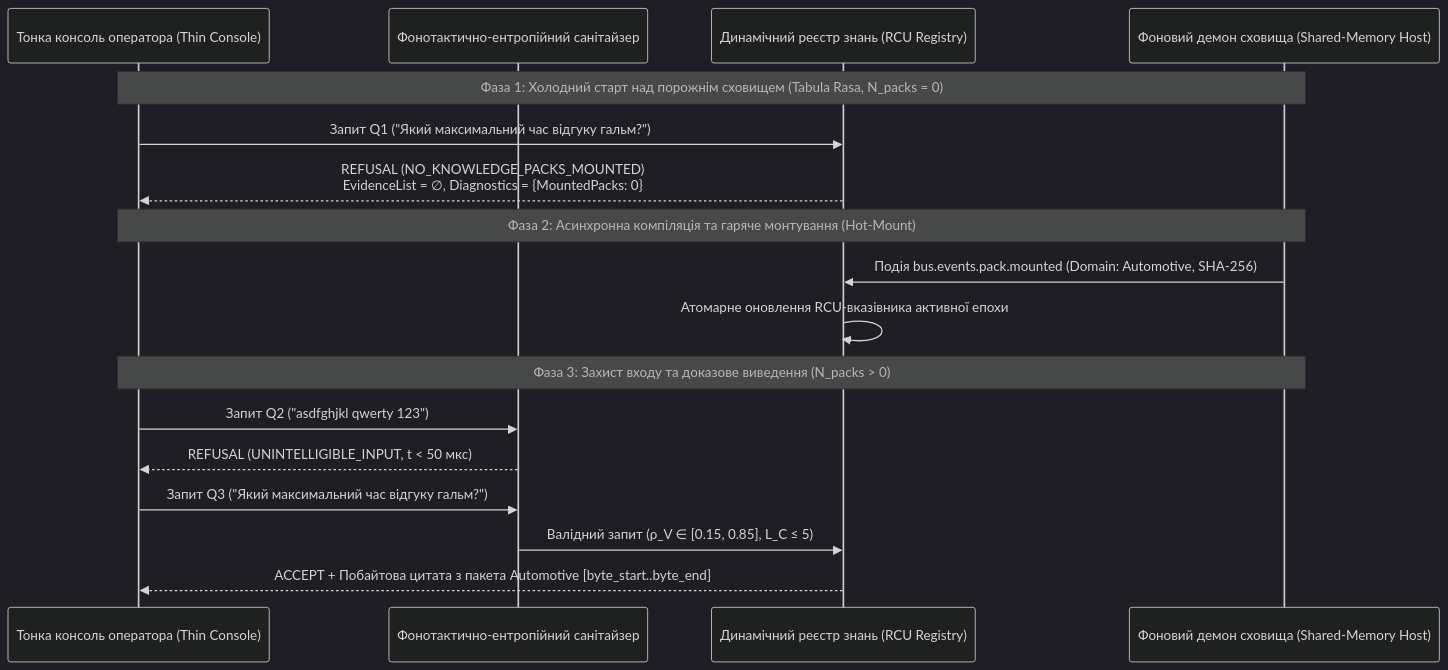
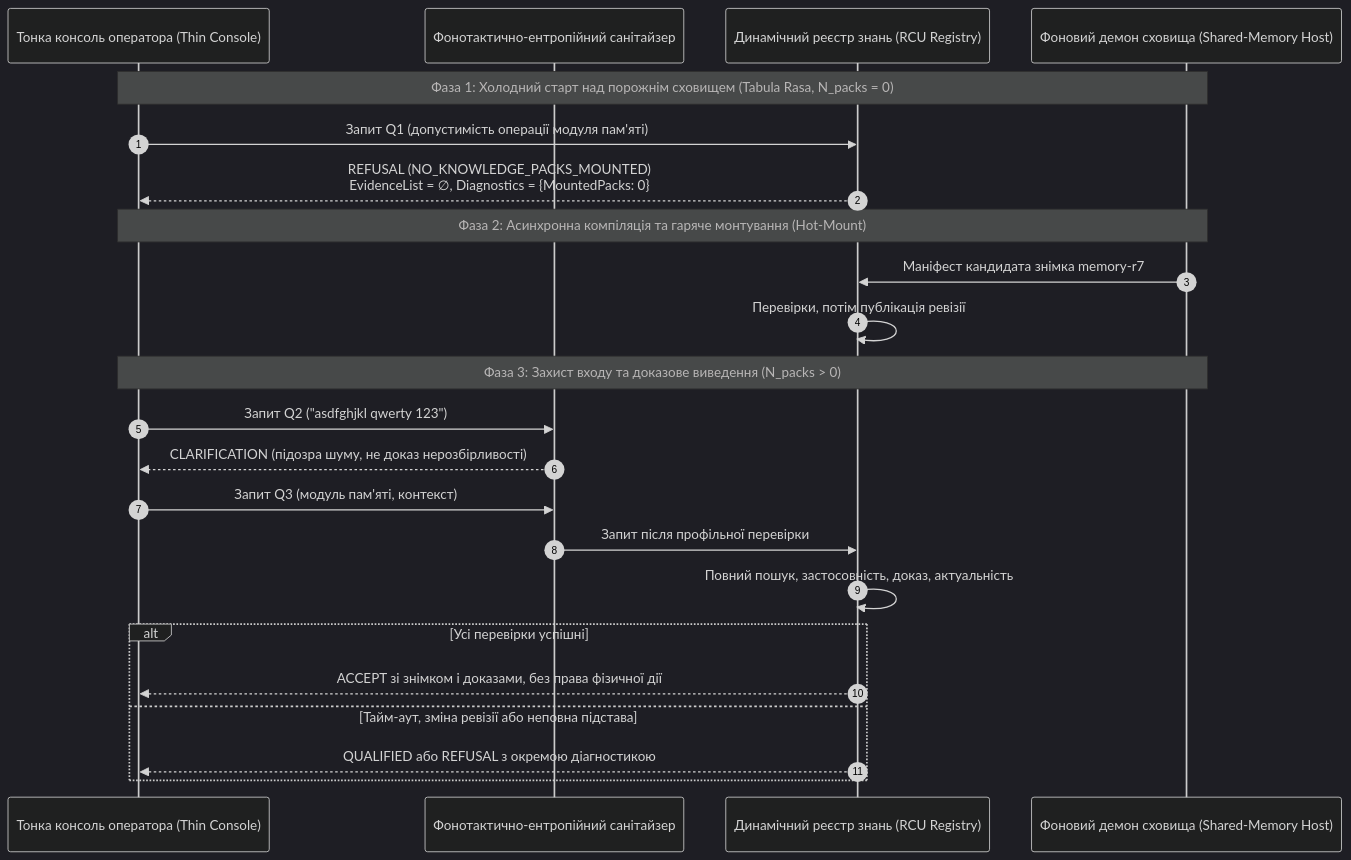
One commit to nick-fedchik/articles changed the sixth of 6 diagrams in ExpertSystem/ch40-distributed-epistemic-architectures-soa-and-cluster-scaling.md. Above: the diagram before and after it, drawn with Mermaid (dark theme). The commit also changed other lines of this file and 7 other files, not shown here.

````diff
--- a/ExpertSystem/ch40-distributed-epistemic-architectures-soa-and-cluster-scaling.md
+++ b/ExpertSystem/ch40-distributed-epistemic-architectures-soa-and-cluster-scaling.md
@@ -784,22 +1080,30 @@
 ```mermaid
 sequenceDiagram
+    autonumber
+    accTitle: Запуск і оновлення без підміни незавершеності дозволом
+    accDescr: Порожній реєстр дає відмову, монтування перевіряється, зміна ревізії або неповний доказ блокує допуск.
     participant UI as Тонка консоль оператора (Thin Console)
     participant San as Фонотактично-ентропійний санітайзер
     participant Reg as Динамічний реєстр знань (RCU Registry)
     participant Host as Фоновий демон сховища (Shared-Memory Host)
 
     Note over UI,Host: Фаза 1: Холодний старт над порожнім сховищем (Tabula Rasa, N_packs = 0)
-    UI->>Reg: Запит Q1 ("Який максимальний час відгуку гальм?")
+    UI->>Reg: Запит Q1 (допустимість операції модуля пам'яті)
     Reg-->>UI: REFUSAL (NO_KNOWLEDGE_PACKS_MOUNTED)<br/>EvidenceList = ∅, Diagnostics = {MountedPacks: 0}
 
     Note over UI,Host: Фаза 2: Асинхронна компіляція та гаряче монтування (Hot-Mount)
-    Host->>Reg: Подія bus.events.pack.mounted (Domain: Automotive, SHA-256)
-    Reg->>Reg: Атомарне оновлення RCU-вказівника активної епохи
+    Host->>Reg: Маніфест кандидата знімка memory-r7
+    Reg->>Reg: Перевірки, потім публікація ревізії
 
     Note over UI,Host: Фаза 3: Захист входу та доказове виведення (N_packs > 0)
     UI->>San: Запит Q2 ("asdfghjkl qwerty 123")
-    San-->>UI: REFUSAL (UNINTELLIGIBLE_INPUT, t < 50 мкс)
-    UI->>San: Запит Q3 ("Який максимальний час відгуку гальм?")
-    San->>Reg: Валідний запит (ρ_V ∈ [0.15, 0.85], L_C ≤ 5)
-    Reg-->>UI: ACCEPT + Побайтова цитата з пакета Automotive [byte_start..byte_end]
+    San-->>UI: CLARIFICATION (підозра шуму, не доказ нерозбірливості)
+    UI->>San: Запит Q3 (модуль пам'яті, контекст)
+    San->>Reg: Запит після профільної перевірки
+    Reg->>Reg: Повний пошук, застосовність, доказ, актуальність
+    alt Усі перевірки успішні
+        Reg-->>UI: ACCEPT зі знімком і доказами, без права фізичної дії
+    else Тайм-аут, зміна ревізії або неповна підстава
+        Reg-->>UI: QUALIFIED або REFUSAL з окремою діагностикою
+    end
 ```
````
